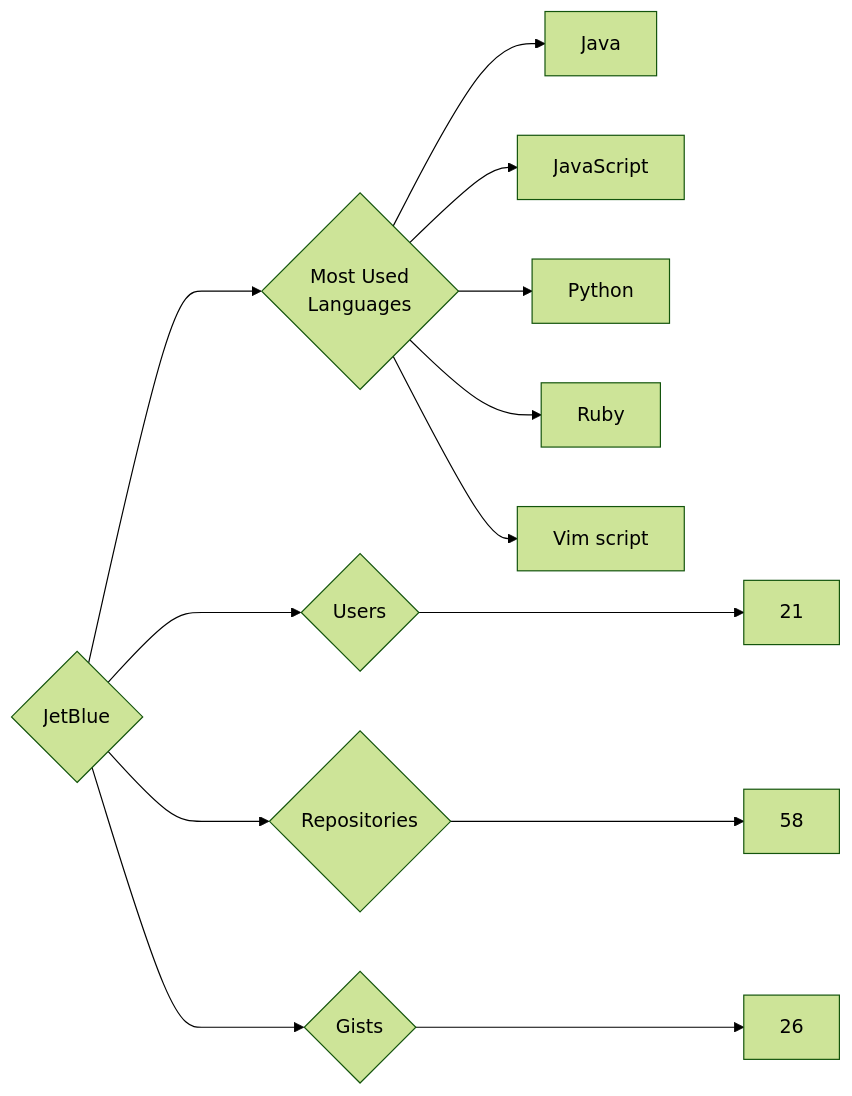
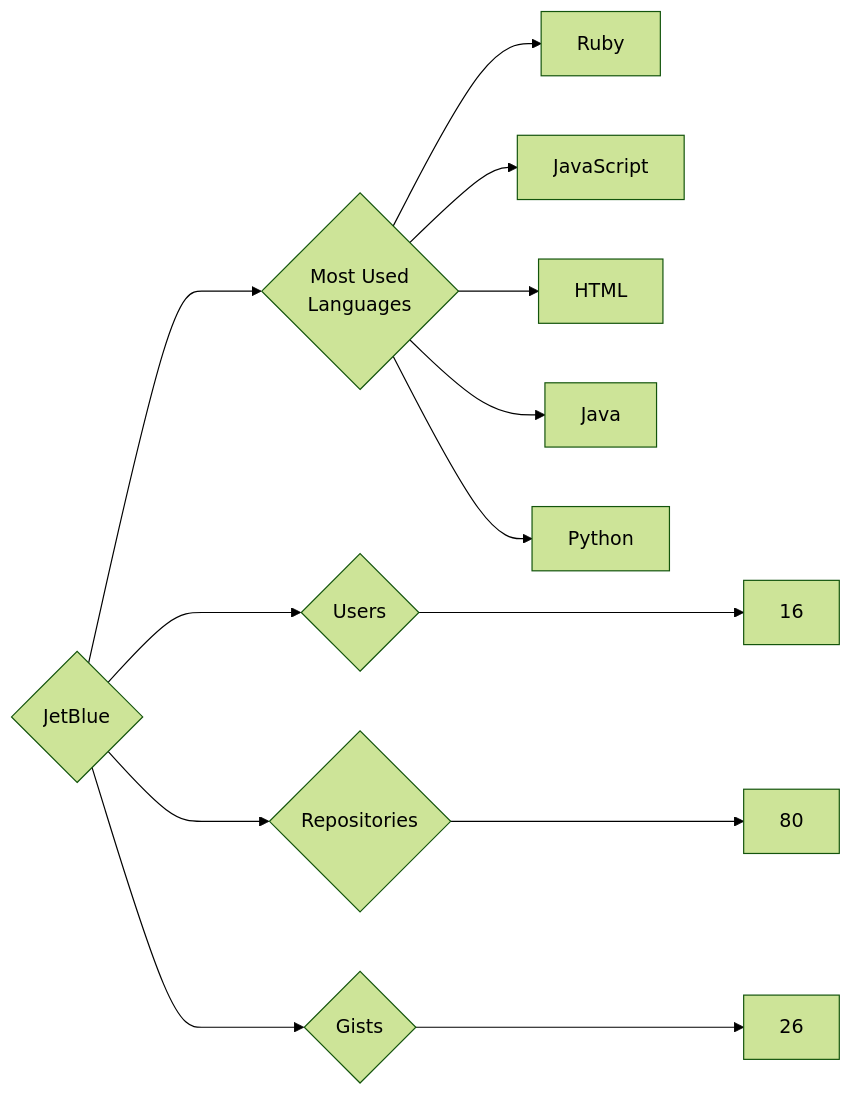
Before and after one commit to trickest/insiders: the diagram in targets/JetBlue/README.md, drawn with Mermaid (forest theme). The commit also changed 930 other files, not shown here.

````diff
--- a/targets/JetBlue/README.md
+++ b/targets/JetBlue/README.md
@@ -3,13 +3,13 @@
 ```mermaid
 graph LR
 COMPANY_NAME{JetBlue}
-COMPANY_NAME ---> U{Users} ---> UN[21]
-COMPANY_NAME ---> R{Repositories} ---> RN[58]
+COMPANY_NAME ---> U{Users} ---> UN[16]
+COMPANY_NAME ---> R{Repositories} ---> RN[80]
 COMPANY_NAME ---> G{Gists} ---> GN[26]
 COMPANY_NAME ---> ML{Most Used<br>Languages}
+ML --> Ruby[Ruby]
+ML --> JavaScript[JavaScript]
+ML --> HTML[HTML]
 ML --> Java[Java]
-ML --> JavaScript[JavaScript]
 ML --> Python[Python]
-ML --> Ruby[Ruby]
-ML --> Vim_script[Vim script]
 ```
````
